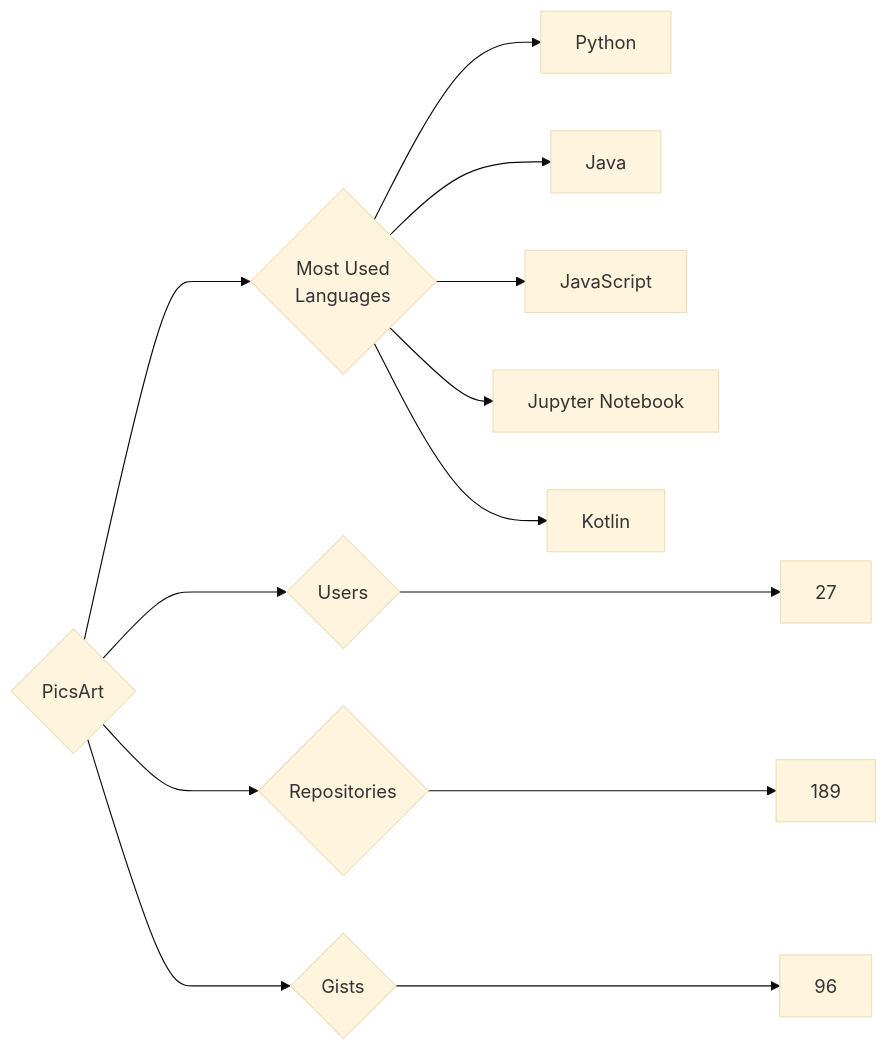
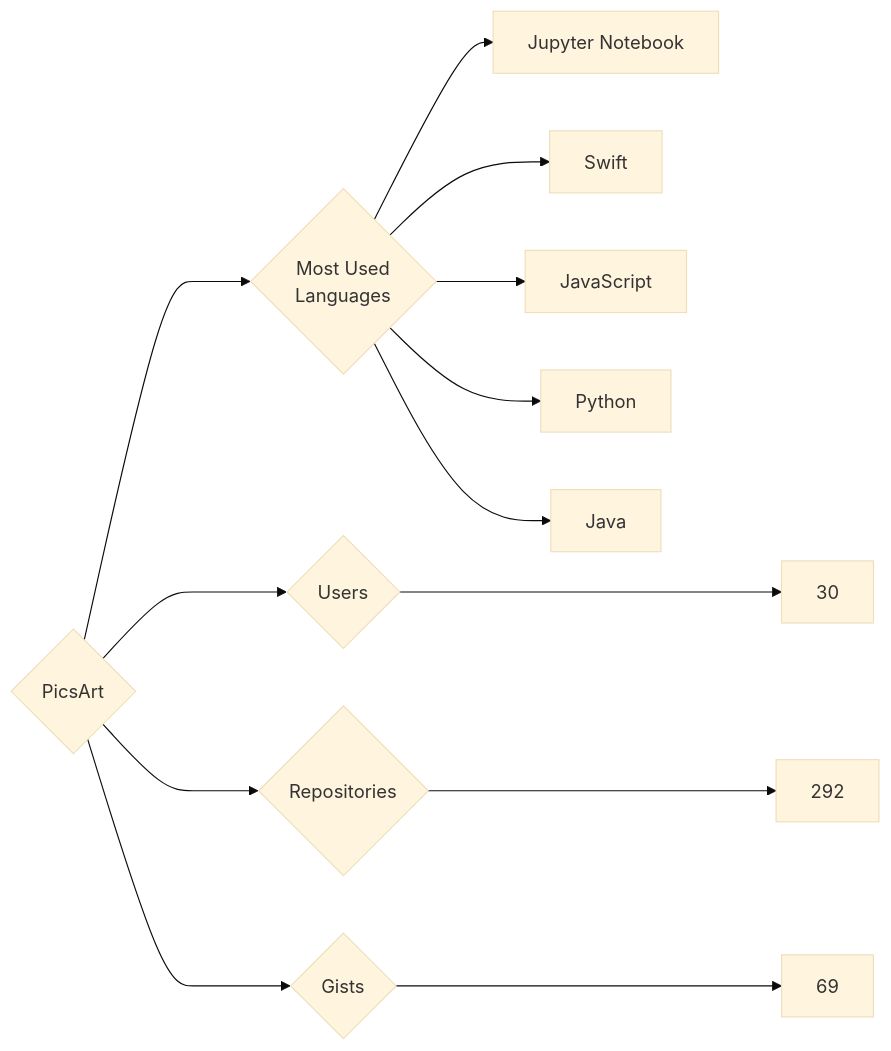
The diagram in targets/PicsArt/README.md (trickest/insiders), drawn with Mermaid (base theme) before and after one commit. The commit also changed 976 other files, not shown here.

````diff
--- a/targets/PicsArt/README.md
+++ b/targets/PicsArt/README.md
@@ -3,13 +3,13 @@
 ```mermaid
 graph LR
 COMPANY_NAME{PicsArt}
-COMPANY_NAME ---> U{Users} ---> UN[27]
-COMPANY_NAME ---> R{Repositories} ---> RN[189]
-COMPANY_NAME ---> G{Gists} ---> GN[96]
+COMPANY_NAME ---> U{Users} ---> UN[30]
+COMPANY_NAME ---> R{Repositories} ---> RN[292]
+COMPANY_NAME ---> G{Gists} ---> GN[69]
 COMPANY_NAME ---> ML{Most Used<br>Languages}
+ML --> Jupyter_Notebook[Jupyter Notebook]
+ML --> Swift[Swift]
+ML --> JavaScript[JavaScript]
 ML --> Python[Python]
 ML --> Java[Java]
-ML --> JavaScript[JavaScript]
-ML --> Jupyter_Notebook[Jupyter Notebook]
-ML --> Kotlin[Kotlin]
 ```
````
